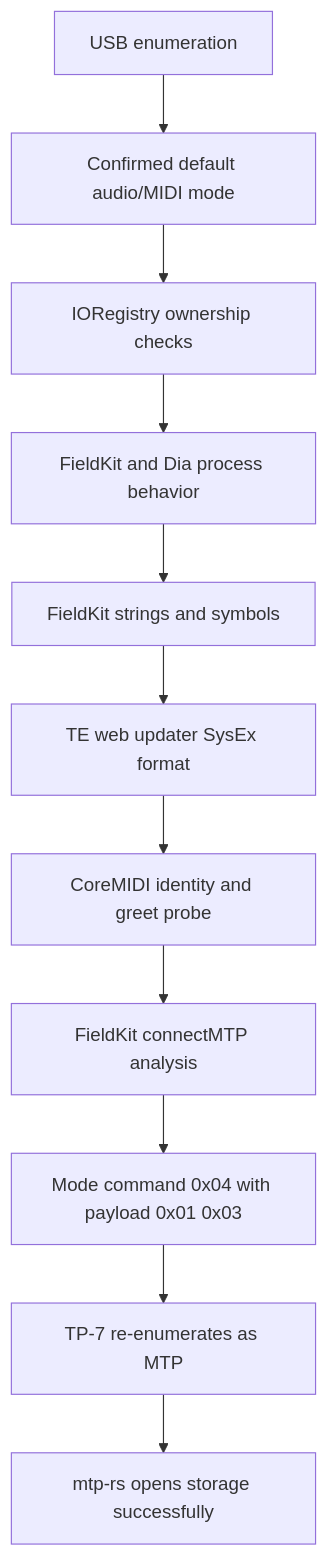
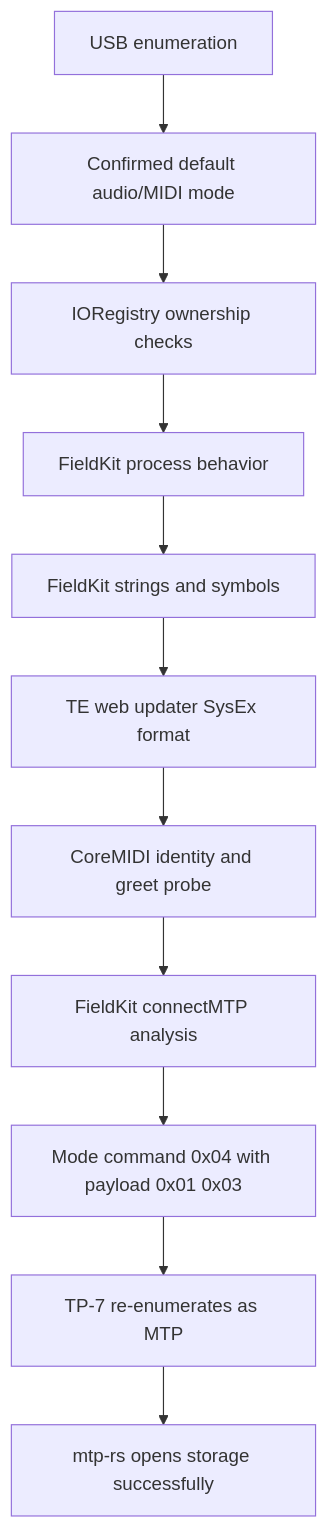
The third of 3 diagrams in docs/tp7-handshake.md (worm-emoji/tp7), drawn with Mermaid before and after one commit. The commit also changed other lines of this file and 7 other files, not shown here.

````diff
--- a/docs/tp7-handshake.md
+++ b/docs/tp7-handshake.md
@@ -111,13 +111,13 @@
 ```mermaid
 flowchart TD
     A[USB enumeration] --> B[Confirmed default audio/MIDI mode]
     B --> C[IORegistry ownership checks]
-    C --> D[FieldKit and Dia process behavior]
+    C --> D[FieldKit process behavior]
     D --> E[FieldKit strings and symbols]
     E --> F[TE web updater SysEx format]
     F --> G[CoreMIDI identity and greet probe]
     G --> H[FieldKit connectMTP analysis]
     H --> I[Mode command 0x04 with payload 0x01 0x03]
     I --> J[TP-7 re-enumerates as MTP]
     J --> K[mtp-rs opens storage successfully]
 ```
````
